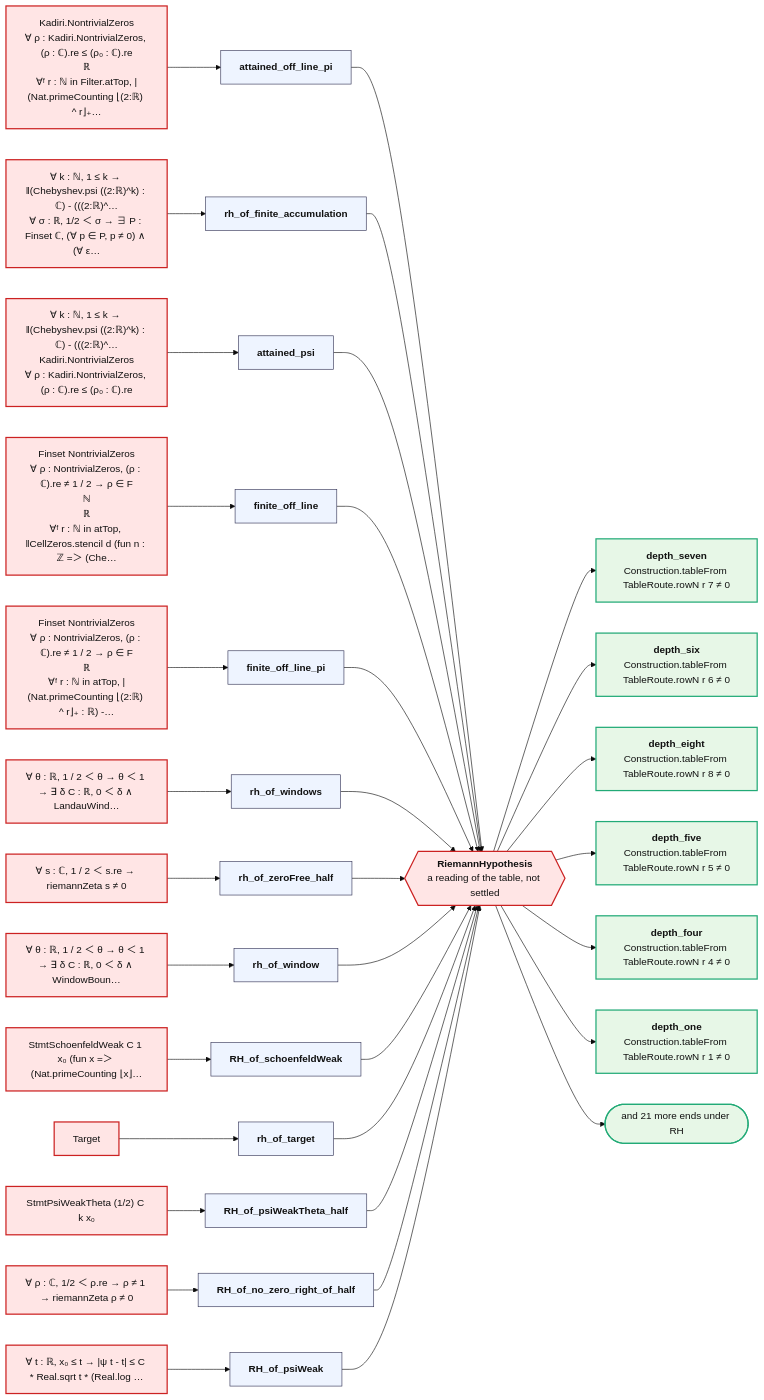
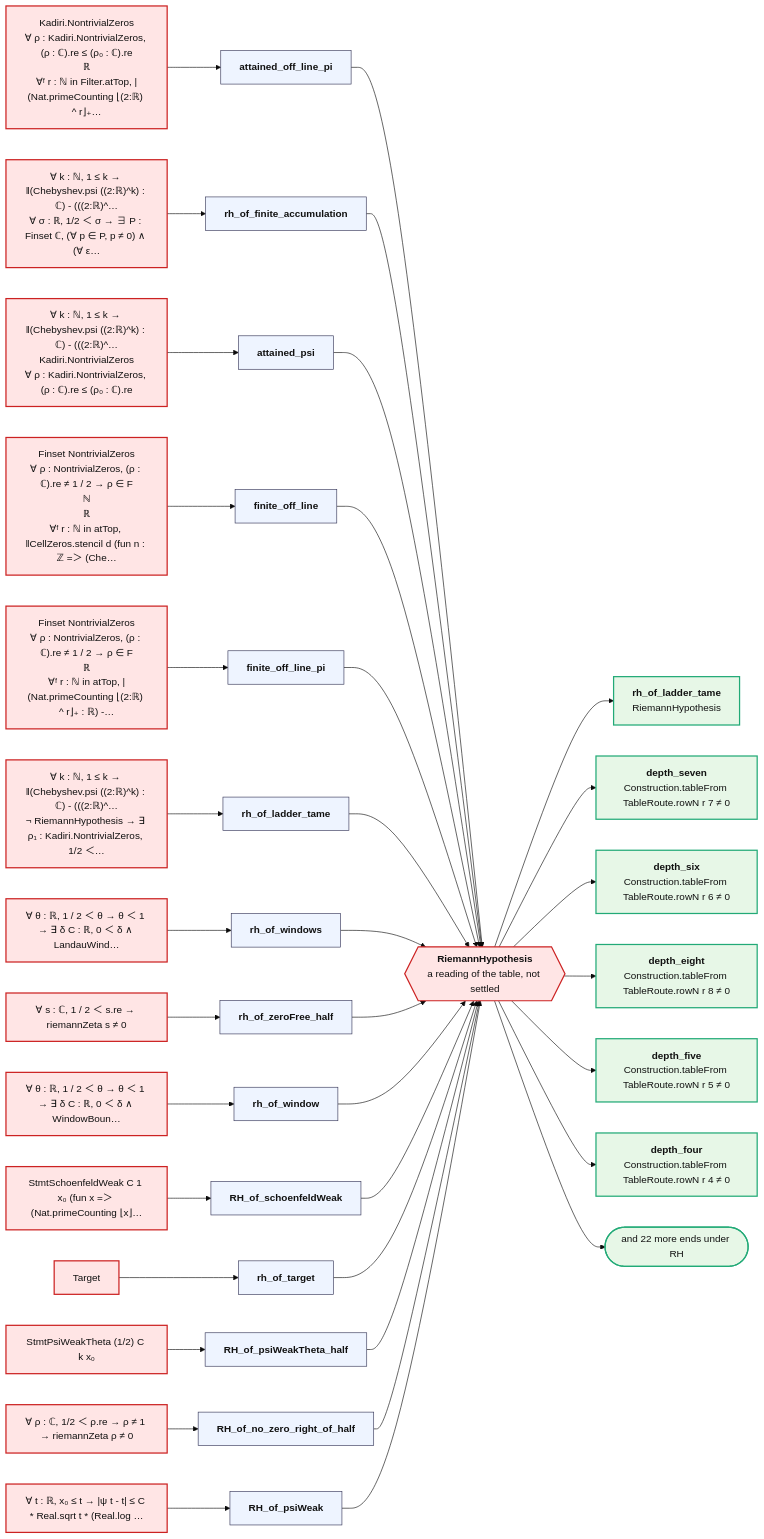
The diagram in map/ROAD.mmd (juliansambranojr/Primebeat_081426), drawn with Mermaid (base theme) before and after one commit. The commit also changed 16 other files, not shown here.

```diff
--- a/map/ROAD.mmd
+++ b/map/ROAD.mmd
@@ -1,63 +1,66 @@
 flowchart LR
   rh{{"<b>RiemannHypothesis</b><br/>a reading of the table, not settled"}}:::bad
   p0["Kadiri.NontrivialZeros<br/>∀ ρ : Kadiri.NontrivialZeros, (ρ : ℂ).re ≤ (ρ₀ : ℂ).re<br/>ℝ<br/>∀ᶠ r : ℕ in Filter.atTop, |(Nat.primeCounting ⌊(2:ℝ) ^ r⌋₊…"]:::bad
   t0["<b>attained_off_line_pi</b>"]:::thm
   p0 --> t0 --> rh
   p1["∀ k : ℕ, 1 ≤ k → ‖(Chebyshev.psi ((2:ℝ)^k) : ℂ) - (((2:ℝ)^…<br/>∀ σ : ℝ, 1/2 ＜ σ → ∃ P : Finset ℂ, (∀ p ∈ P, p ≠ 0) ∧ (∀ ε…"]:::bad
   t1["<b>rh_of_finite_accumulation</b>"]:::thm
   p1 --> t1 --> rh
   p2["∀ k : ℕ, 1 ≤ k → ‖(Chebyshev.psi ((2:ℝ)^k) : ℂ) - (((2:ℝ)^…<br/>Kadiri.NontrivialZeros<br/>∀ ρ : Kadiri.NontrivialZeros, (ρ : ℂ).re ≤ (ρ₀ : ℂ).re"]:::bad
   t2["<b>attained_psi</b>"]:::thm
   p2 --> t2 --> rh
   p3["Finset NontrivialZeros<br/>∀ ρ : NontrivialZeros, (ρ : ℂ).re ≠ 1 / 2 → ρ ∈ F<br/>ℕ<br/>ℝ<br/>∀ᶠ r : ℕ in atTop, ‖CellZeros.stencil d (fun n : ℤ =＞ (Che…"]:::bad
   t3["<b>finite_off_line</b>"]:::thm
   p3 --> t3 --> rh
   p4["Finset NontrivialZeros<br/>∀ ρ : NontrivialZeros, (ρ : ℂ).re ≠ 1 / 2 → ρ ∈ F<br/>ℝ<br/>∀ᶠ r : ℕ in atTop, |(Nat.primeCounting ⌊(2:ℝ) ^ r⌋₊ : ℝ) -…"]:::bad
   t4["<b>finite_off_line_pi</b>"]:::thm
   p4 --> t4 --> rh
-  p5["∀ θ : ℝ, 1 / 2 ＜ θ → θ ＜ 1 → ∃ δ C : ℝ, 0 ＜ δ ∧ LandauWind…"]:::bad
-  t5["<b>rh_of_windows</b>"]:::thm
+  p5["∀ k : ℕ, 1 ≤ k → ‖(Chebyshev.psi ((2:ℝ)^k) : ℂ) - (((2:ℝ)^…<br/>¬ RiemannHypothesis → ∃ ρ₁ : Kadiri.NontrivialZeros, 1/2 ＜…"]:::bad
+  t5["<b>rh_of_ladder_tame</b>"]:::thm
   p5 --> t5 --> rh
-  p6["∀ s : ℂ, 1 / 2 ＜ s.re → riemannZeta s ≠ 0"]:::bad
-  t6["<b>rh_of_zeroFree_half</b>"]:::thm
+  p6["∀ θ : ℝ, 1 / 2 ＜ θ → θ ＜ 1 → ∃ δ C : ℝ, 0 ＜ δ ∧ LandauWind…"]:::bad
+  t6["<b>rh_of_windows</b>"]:::thm
   p6 --> t6 --> rh
-  p7["∀ θ : ℝ, 1 / 2 ＜ θ → θ ＜ 1 → ∃ δ C : ℝ, 0 ＜ δ ∧ WindowBoun…"]:::bad
-  t7["<b>rh_of_window</b>"]:::thm
+  p7["∀ s : ℂ, 1 / 2 ＜ s.re → riemannZeta s ≠ 0"]:::bad
+  t7["<b>rh_of_zeroFree_half</b>"]:::thm
   p7 --> t7 --> rh
-  p8["StmtSchoenfeldWeak C 1 x₀ (fun x =＞ (Nat.primeCounting ⌊x⌋…"]:::bad
-  t8["<b>RH_of_schoenfeldWeak</b>"]:::thm
+  p8["∀ θ : ℝ, 1 / 2 ＜ θ → θ ＜ 1 → ∃ δ C : ℝ, 0 ＜ δ ∧ WindowBoun…"]:::bad
+  t8["<b>rh_of_window</b>"]:::thm
   p8 --> t8 --> rh
-  p9["Target"]:::bad
-  t9["<b>rh_of_target</b>"]:::thm
+  p9["StmtSchoenfeldWeak C 1 x₀ (fun x =＞ (Nat.primeCounting ⌊x⌋…"]:::bad
+  t9["<b>RH_of_schoenfeldWeak</b>"]:::thm
   p9 --> t9 --> rh
-  p10["StmtPsiWeakTheta (1/2) C k x₀"]:::bad
-  t10["<b>RH_of_psiWeakTheta_half</b>"]:::thm
+  p10["Target"]:::bad
+  t10["<b>rh_of_target</b>"]:::thm
   p10 --> t10 --> rh
-  p11["∀ ρ : ℂ, 1/2 ＜ ρ.re → ρ ≠ 1 → riemannZeta ρ ≠ 0"]:::bad
-  t11["<b>RH_of_no_zero_right_of_half</b>"]:::thm
+  p11["StmtPsiWeakTheta (1/2) C k x₀"]:::bad
+  t11["<b>RH_of_psiWeakTheta_half</b>"]:::thm
   p11 --> t11 --> rh
-  p12["∀ t : ℝ, x₀ ≤ t → |ψ t - t| ≤ C * Real.sqrt t * (Real.log …"]:::bad
-  t12["<b>RH_of_psiWeak</b>"]:::thm
+  p12["∀ ρ : ℂ, 1/2 ＜ ρ.re → ρ ≠ 1 → riemannZeta ρ ≠ 0"]:::bad
+  t12["<b>RH_of_no_zero_right_of_half</b>"]:::thm
   p12 --> t12 --> rh
-  e0["<b>depth_seven</b><br/>Construction.tableFrom TableRoute.rowN r 7 ≠ 0"]:::end_
+  p13["∀ t : ℝ, x₀ ≤ t → |ψ t - t| ≤ C * Real.sqrt t * (Real.log …"]:::bad
+  t13["<b>RH_of_psiWeak</b>"]:::thm
+  p13 --> t13 --> rh
+  e0["<b>rh_of_ladder_tame</b><br/>RiemannHypothesis"]:::end_
   rh --> e0
-  e1["<b>depth_six</b><br/>Construction.tableFrom TableRoute.rowN r 6 ≠ 0"]:::end_
+  e1["<b>depth_seven</b><br/>Construction.tableFrom TableRoute.rowN r 7 ≠ 0"]:::end_
   rh --> e1
-  e2["<b>depth_eight</b><br/>Construction.tableFrom TableRoute.rowN r 8 ≠ 0"]:::end_
+  e2["<b>depth_six</b><br/>Construction.tableFrom TableRoute.rowN r 6 ≠ 0"]:::end_
   rh --> e2
-  e3["<b>depth_five</b><br/>Construction.tableFrom TableRoute.rowN r 5 ≠ 0"]:::end_
+  e3["<b>depth_eight</b><br/>Construction.tableFrom TableRoute.rowN r 8 ≠ 0"]:::end_
   rh --> e3
-  e4["<b>depth_four</b><br/>Construction.tableFrom TableRoute.rowN r 4 ≠ 0"]:::end_
+  e4["<b>depth_five</b><br/>Construction.tableFrom TableRoute.rowN r 5 ≠ 0"]:::end_
   rh --> e4
-  e5["<b>depth_one</b><br/>Construction.tableFrom TableRoute.rowN r 1 ≠ 0"]:::end_
+  e5["<b>depth_four</b><br/>Construction.tableFrom TableRoute.rowN r 4 ≠ 0"]:::end_
   rh --> e5
-  more(["and 21 more ends under RH"]):::end_
+  more(["and 22 more ends under RH"]):::end_
   rh --> more
   classDef cnt fill:#dff5ec,stroke:#17694a,color:#111
   classDef shp fill:#f1ecfb,stroke:#5b3fa0,color:#111
   classDef rh fill:#ffe5e5,stroke:#c22,color:#111,stroke-width:2px
   classDef thm fill:#eef4ff,stroke:#335,color:#111
   classDef end_ fill:#e7f7e7,stroke:#2a7,color:#111,stroke-width:2px
   classDef lone fill:#fff,stroke:#999,color:#111,stroke-dasharray:4 3
   classDef bad fill:#ffe5e5,stroke:#c22,color:#111,stroke-width:2px
   classDef ext fill:#fff8e1,stroke:#b80,color:#111
```
